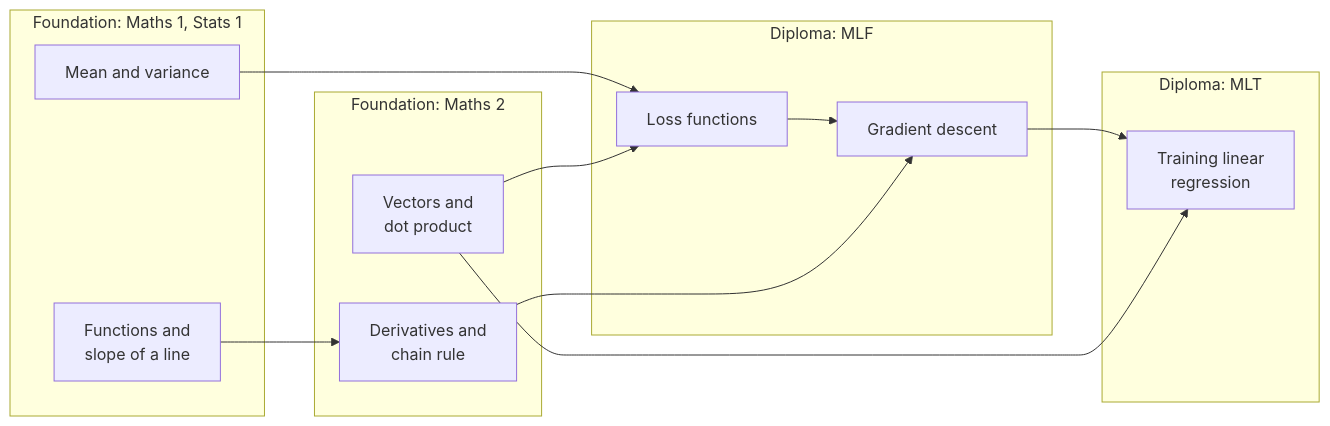
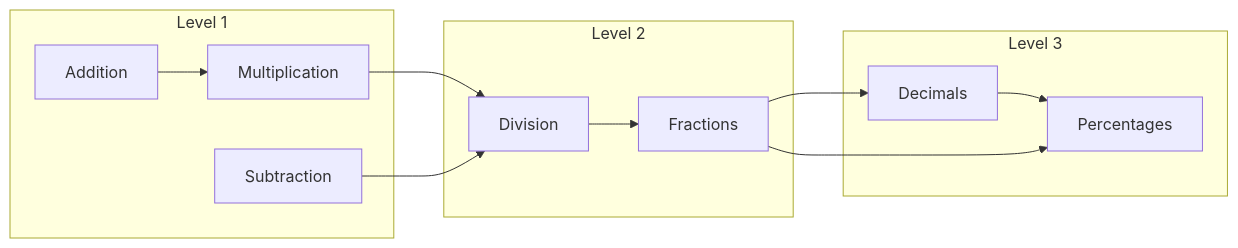
One commit to Hariomkr147/Group-2-DS-and-AI-Lab-Project changed the first of 3 diagrams in docs/milestone-1/Milestone1_Report.md. Above: the diagram before and after it, drawn with Mermaid. The commit also changed other lines of this file and 6 other files, not shown here.

````diff
--- a/docs/milestone-1/Milestone1_Report.md
+++ b/docs/milestone-1/Milestone1_Report.md
@@ -41,23 +39,17 @@
 ```mermaid
 flowchart LR
-    subgraph L1[Foundation: Maths 1, Stats 1]
-        F1[Functions and<br/>slope of a line]
-        F2[Mean and variance]
+    subgraph L1[Level 1]
+        A[Addition] --> M[Multiplication]
+        S[Subtraction]
     end
-    subgraph L2[Foundation: Maths 2]
-        V[Vectors and<br/>dot product]
-        D[Derivatives and<br/>chain rule]
+    subgraph L2[Level 2]
+        D[Division] --> F[Fractions]
     end
-    subgraph L3[Diploma: MLF]
-        LF[Loss functions] --> GD[Gradient descent]
+    subgraph L3[Level 3]
+        DE[Decimals] --> P[Percentages]
     end
-    subgraph L4[Diploma: MLT]
-        LR[Training linear<br/>regression]
-    end
-    F1 --> D
-    F2 --> LF
-    V --> LF
-    D --> GD
-    GD --> LR
-    V --> LR
+    M --> D
+    S --> D
+    F --> DE
+    F --> P
 ```
````
